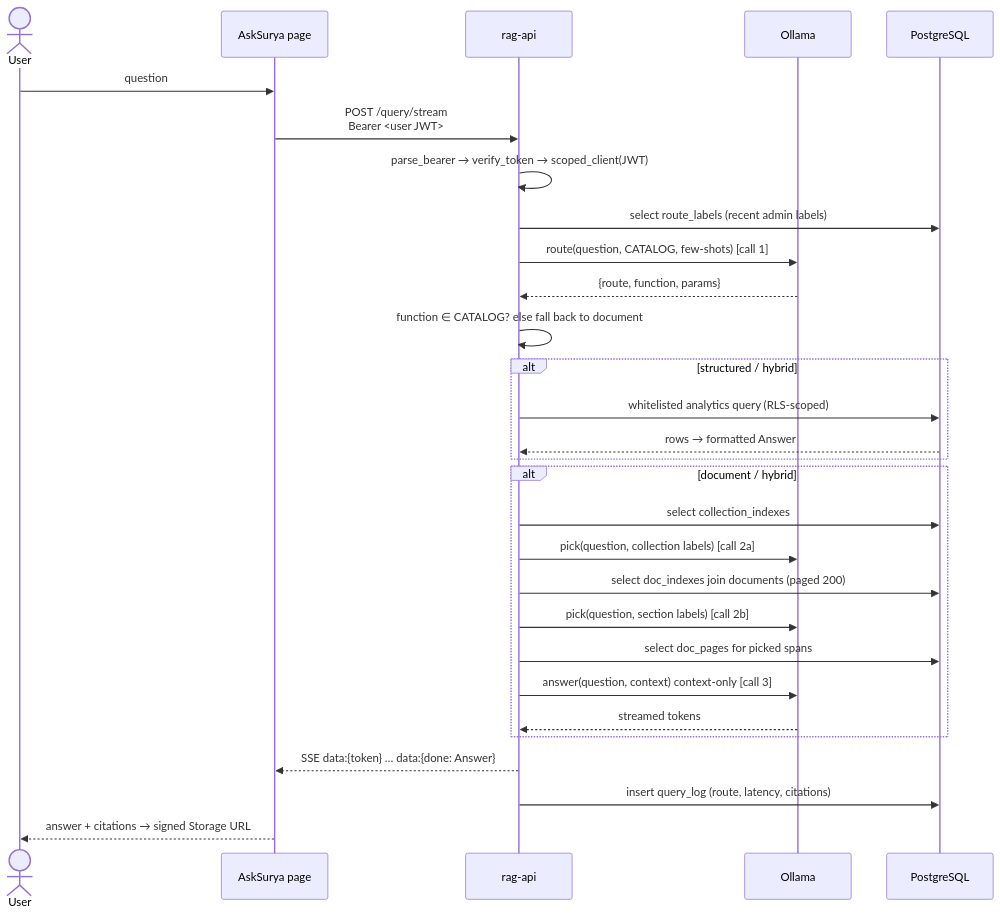
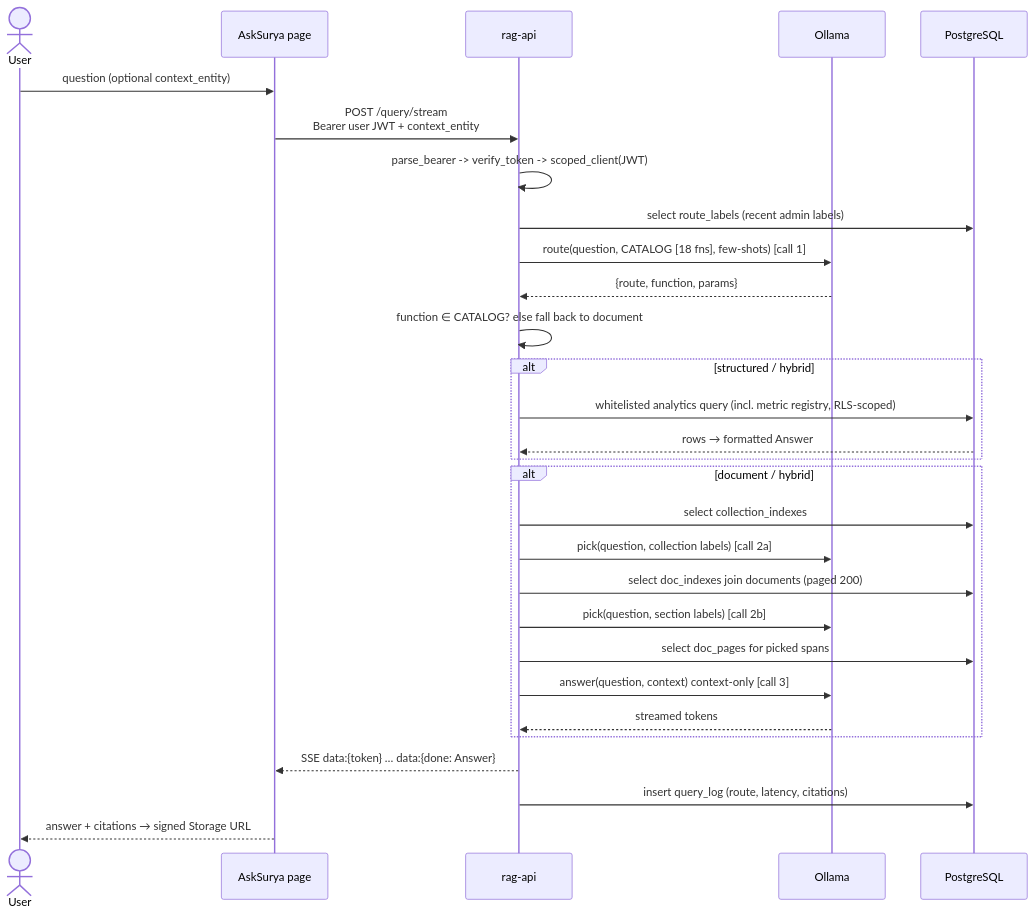
Before and after one commit to vkhare87/SuryaCSIR: the third of 21 diagrams in docs/engineering/system_design.md, drawn with Mermaid. The commit also changed other lines of this file and 255 other files, not shown here.

Commit message:
feat(roadmap): complete Stages 0-7 implementation and verification

````diff
--- a/docs/engineering/system_design.md
+++ b/docs/engineering/system_design.md
@@ -100,35 +100,35 @@
 ```mermaid
 sequenceDiagram
   actor U as User
   participant SPA as AskSurya page
   participant API as rag-api
   participant LLM as Ollama
   participant PG as PostgreSQL
 
-  U->>SPA: question
-  SPA->>API: POST /query/stream<br/>Bearer <user JWT>
-  API->>API: parse_bearer → verify_token → scoped_client(JWT)
+  U->>SPA: question (optional context_entity)
+  SPA->>API: POST /query/stream<br/>Bearer user JWT + context_entity
+  API->>API: parse_bearer -> verify_token -> scoped_client(JWT)
   API->>PG: select route_labels (recent admin labels)
-  API->>LLM: route(question, CATALOG, few-shots)      [call 1]
+  API->>LLM: route(question, CATALOG [18 fns], few-shots) [call 1]
   LLM-->>API: {route, function, params}
   API->>API: function ∈ CATALOG? else fall back to document
 
   alt structured / hybrid
-    API->>PG: whitelisted analytics query (RLS-scoped)
+    API->>PG: whitelisted analytics query (incl. metric registry, RLS-scoped)
     PG-->>API: rows → formatted Answer
   end
 
   alt document / hybrid
     API->>PG: select collection_indexes
     API->>LLM: pick(question, collection labels)       [call 2a]
     API->>PG: select doc_indexes join documents (paged 200)
     API->>LLM: pick(question, section labels)          [call 2b]
     API->>PG: select doc_pages for picked spans
     API->>LLM: answer(question, context)  context-only [call 3]
     LLM-->>API: streamed tokens
   end
 
   API-->>SPA: SSE data:{token} … data:{done: Answer}
   API->>PG: insert query_log (route, latency, citations)
   SPA-->>U: answer + citations → signed Storage URL
 ```
````
